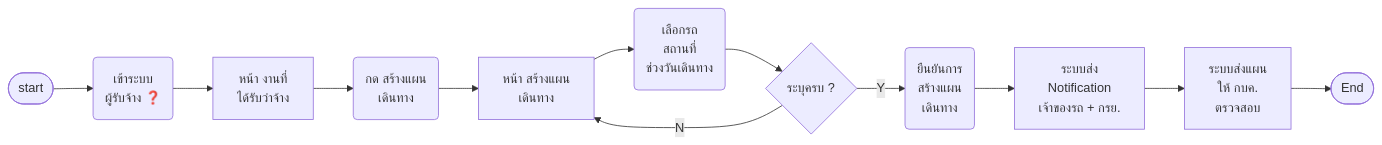
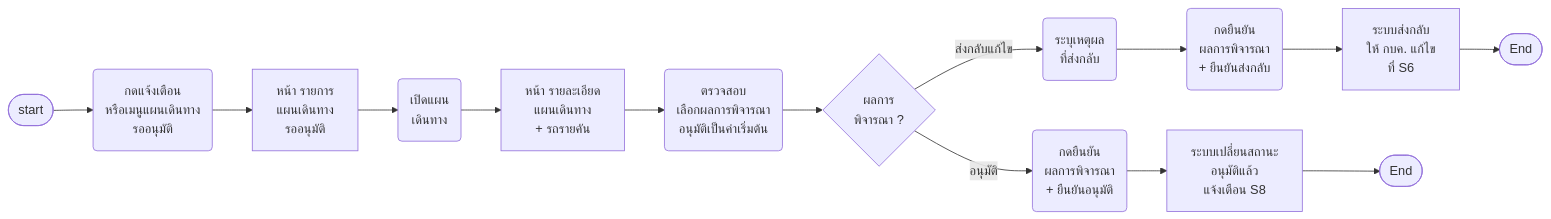
Before and after one commit to anugmail/Maintenance-Request-Form: the fifth of 21 diagrams in Diagram/01-บำรุงรักษาตามวาระ/14-บำรุงรักษา-userflow.md, drawn with Mermaid. The commit also changed other lines of this file and 24 other files, not shown here.

````diff
--- a/Diagram/01-บำรุงรักษาตามวาระ/14-บำรุงรักษา-userflow.md
+++ b/Diagram/01-บำรุงรักษาตามวาระ/14-บำรุงรักษา-userflow.md
@@ -281,16 +300,17 @@
 ```mermaid
 flowchart LR
-    S([start]) --> A0("เข้าระบบ<br/>ผู้รับจ้าง ❓")
-    A0 --> D1["หน้า งานที่<br/>ได้รับว่าจ้าง"]
-    D1 --> A1("กด สร้างแผน<br/>เดินทาง")
-    A1 --> D2["หน้า สร้างแผน<br/>เดินทาง"]
-    D2 --> A2("เลือกรถ<br/>สถานที่<br/>ช่วงวันเดินทาง")
-    A2 --> Q1{"ระบุครบ ?"}
-    Q1 -->|N| D2
-    Q1 -->|Y| A3("ยืนยันการ<br/>สร้างแผน<br/>เดินทาง")
-    A3 --> D3["ระบบส่ง<br/>Notification<br/>เจ้าของรถ + กรย."]
-    D3 --> D4["ระบบส่งแผน<br/>ให้ กบค.<br/>ตรวจสอบ"]
+    S([start]) --> A0("กดแจ้งเตือน<br/>หรือเมนูแผนเดินทาง<br/>รออนุมัติ")
+    A0 --> D1["หน้า รายการ<br/>แผนเดินทาง<br/>รออนุมัติ"]
+    D1 --> A1("เปิดแผน<br/>เดินทาง")
+    A1 --> D2["หน้า รายละเอียด<br/>แผนเดินทาง<br/>+ รถรายคัน"]
+    D2 --> A2("ตรวจสอบ<br/>เลือกผลการพิจารณา<br/>อนุมัติเป็นค่าเริ่มต้น")
+    A2 --> Q1{"ผลการ<br/>พิจารณา ?"}
+    Q1 -->|ส่งกลับแก้ไข| A3("ระบุเหตุผล<br/>ที่ส่งกลับ")
+    A3 --> A4("กดยืนยัน<br/>ผลการพิจารณา<br/>+ ยืนยันส่งกลับ")
+    A4 --> D3["ระบบส่งกลับ<br/>ให้ กบค. แก้ไข<br/>ที่ S6"]
+    D3 --> E1([End])
+    Q1 -->|อนุมัติ| A5("กดยืนยัน<br/>ผลการพิจารณา<br/>+ ยืนยันอนุมัติ")
+    A5 --> D4["ระบบเปลี่ยนสถานะ<br/>อนุมัติแล้ว<br/>แจ้งเตือน S8"]
     D4 --> E([End])
-    %% Q: A0 | Q13 ❓ ผู้รับจ้างเข้า VMS+ ทางไหน มีบัญชีภายนอกไหม หรือ กบค. กรอกแทน
-    %% Q: D1 | Q14 ❓ "ทำเรื่องซื้ออะไหล่" ของผู้รับจ้าง (บอร์ด) ทำนอกระบบ หรือต้องบันทึกในระบบ
+    %% Q: A0 | Q45 ❓ ผู้อนุมัติแผนเดินทางมาจาก API getUpperLower ตำแหน่งไหน (หัวหน้า กบค. หรือไม่) · ชั้นเดียวหรือหลายชั้น
 ```
````
